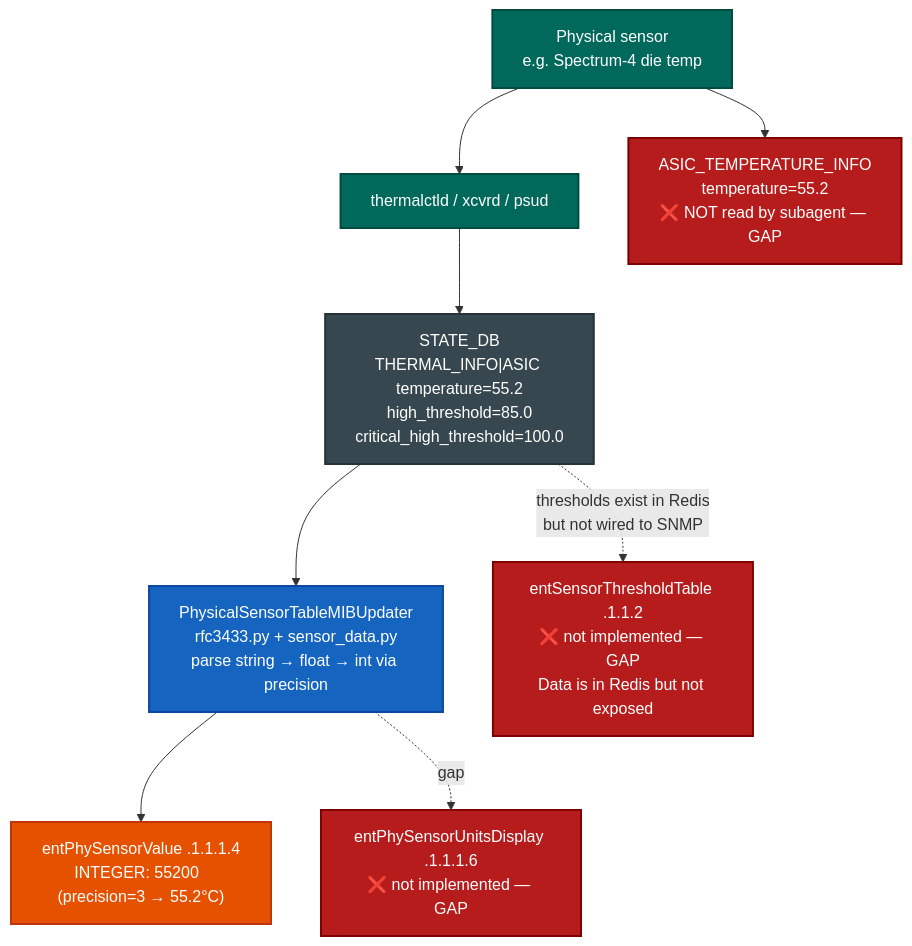
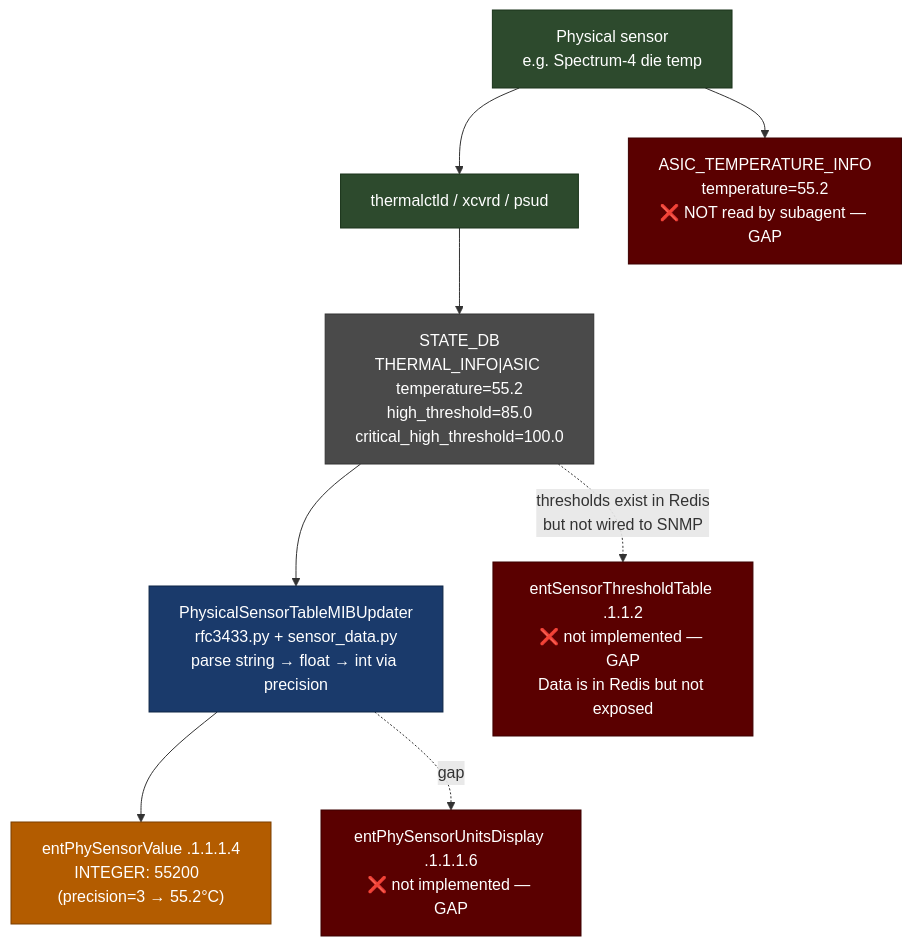
Diagram 13 of 17 in docs/nms_compliance_gaps.md (thongal-upscale/sonic-snmpagent), drawn with Mermaid before and after one commit. The commit also changed other lines of this file, not shown here.

Commit message:
docs: address review — MD040 code fences, hyphen, entity gap numbering

````diff
--- a/docs/nms_compliance_gaps.md
+++ b/docs/nms_compliance_gaps.md
@@ -960,23 +960,23 @@
 ```mermaid
 graph TD
-    classDef hw   fill:#00695C,color:#fff,stroke:#004D40,stroke-width:2px
-    classDef db   fill:#37474F,color:#fff,stroke:#263238,stroke-width:2px
-    classDef code fill:#1565C0,color:#fff,stroke:#0D47A1,stroke-width:2px
-    classDef oid  fill:#E65100,color:#fff,stroke:#BF360C,stroke-width:2px
-    classDef gap  fill:#B71C1C,color:#fff,stroke:#7F0000,stroke-width:2px
+    classDef hw   fill:#2d4a2d,color:#fff,stroke:#1a331a
+    classDef db   fill:#4a4a4a,color:#fff,stroke:#333
+    classDef code fill:#1a3a6b,color:#fff,stroke:#0d2545
+    classDef oid  fill:#b35c00,color:#fff,stroke:#7a3f00
+    classDef gap  fill:#5a0000,color:#fff,stroke:#3d0000
 
     HW["Physical sensor\ne.g. Spectrum-4 die temp"]:::hw
     DAEMON["thermalctld / xcvrd / psud"]:::hw
     REDIS["STATE_DB\nTHERMAL_INFO|ASIC temperature=55.2\nhigh_threshold=85.0\ncritical_high_threshold=100.0"]:::db
     ASIC_T["ASIC_TEMPERATURE_INFO\ntemperature=55.2\n❌ NOT read by subagent — GAP"]:::gap
     UPDATER["PhysicalSensorTableMIBUpdater\nrfc3433.py + sensor_data.py\nparse string → float → int via precision"]:::code
     ENT_VAL["entPhySensorValue .1.1.1.4\nINTEGER: 55200  (precision=3 → 55.2°C)"]:::oid
     ENT_UNITS["entPhySensorUnitsDisplay .1.1.1.6\n❌ not implemented — GAP"]:::gap
     ENT_THRESH["entSensorThresholdTable .1.1.2\n❌ not implemented — GAP\nData is in Redis but not exposed"]:::gap
 
     HW --> DAEMON --> REDIS
     HW --> ASIC_T
     REDIS --> UPDATER --> ENT_VAL
     UPDATER -.->|"gap"| ENT_UNITS
     REDIS -.->|"thresholds exist in Redis\nbut not wired to SNMP"| ENT_THRESH
 ```
````
